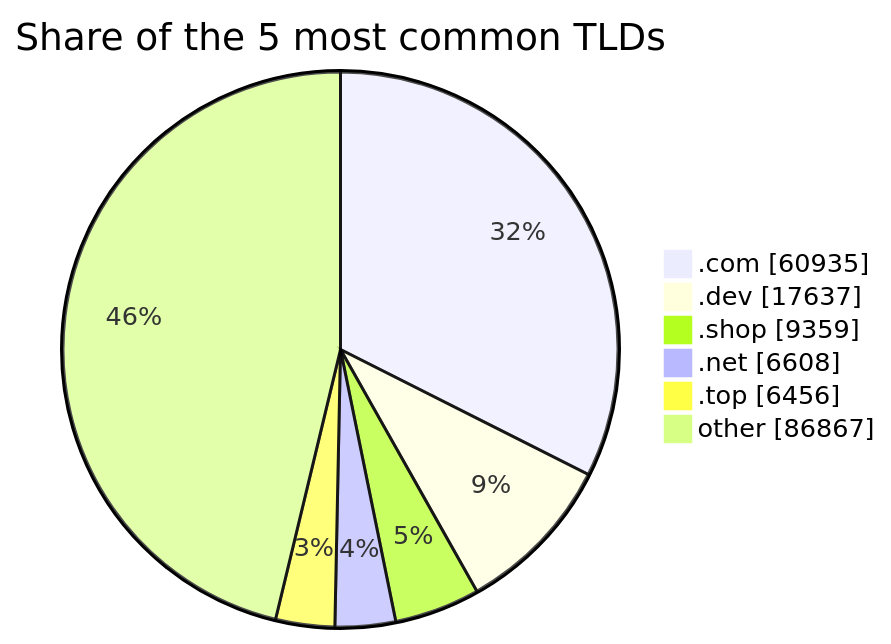
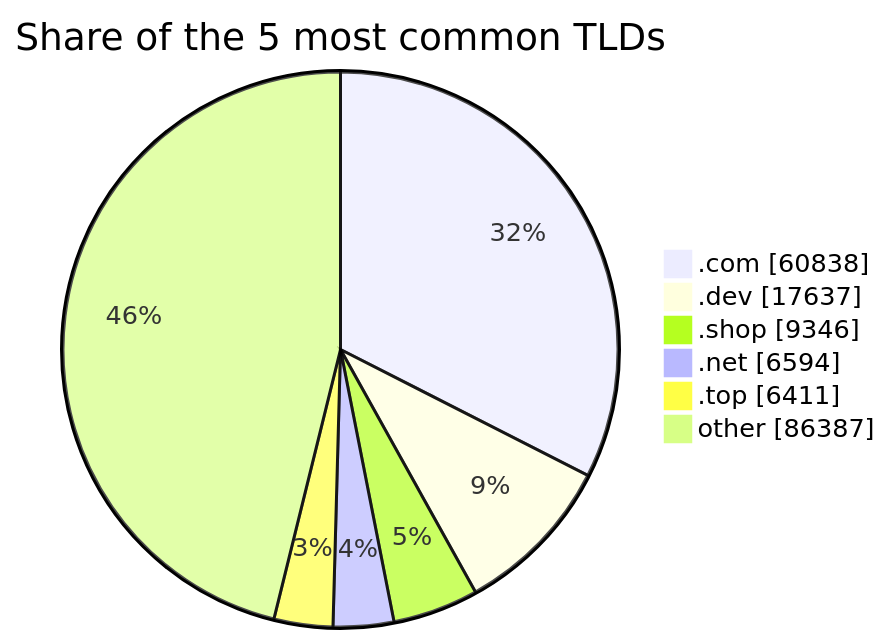
Before and after one commit to DNSBunker/CTI: the third of 3 diagrams in README.md, drawn with Mermaid. The commit also changed other lines of this file and 3 other files, not shown here.

````diff
--- a/README.md
+++ b/README.md
@@ -81,9 +81,9 @@
 ```mermaid
 pie showData title Share of the 5 most common TLDs
-    ".com" : 60935
+    ".com" : 60838
     ".dev" : 17637
-    ".shop" : 9359
-    ".net" : 6608
-    ".top" : 6456
-    "other" : 86867
+    ".shop" : 9346
+    ".net" : 6594
+    ".top" : 6411
+    "other" : 86387
 ```
````
